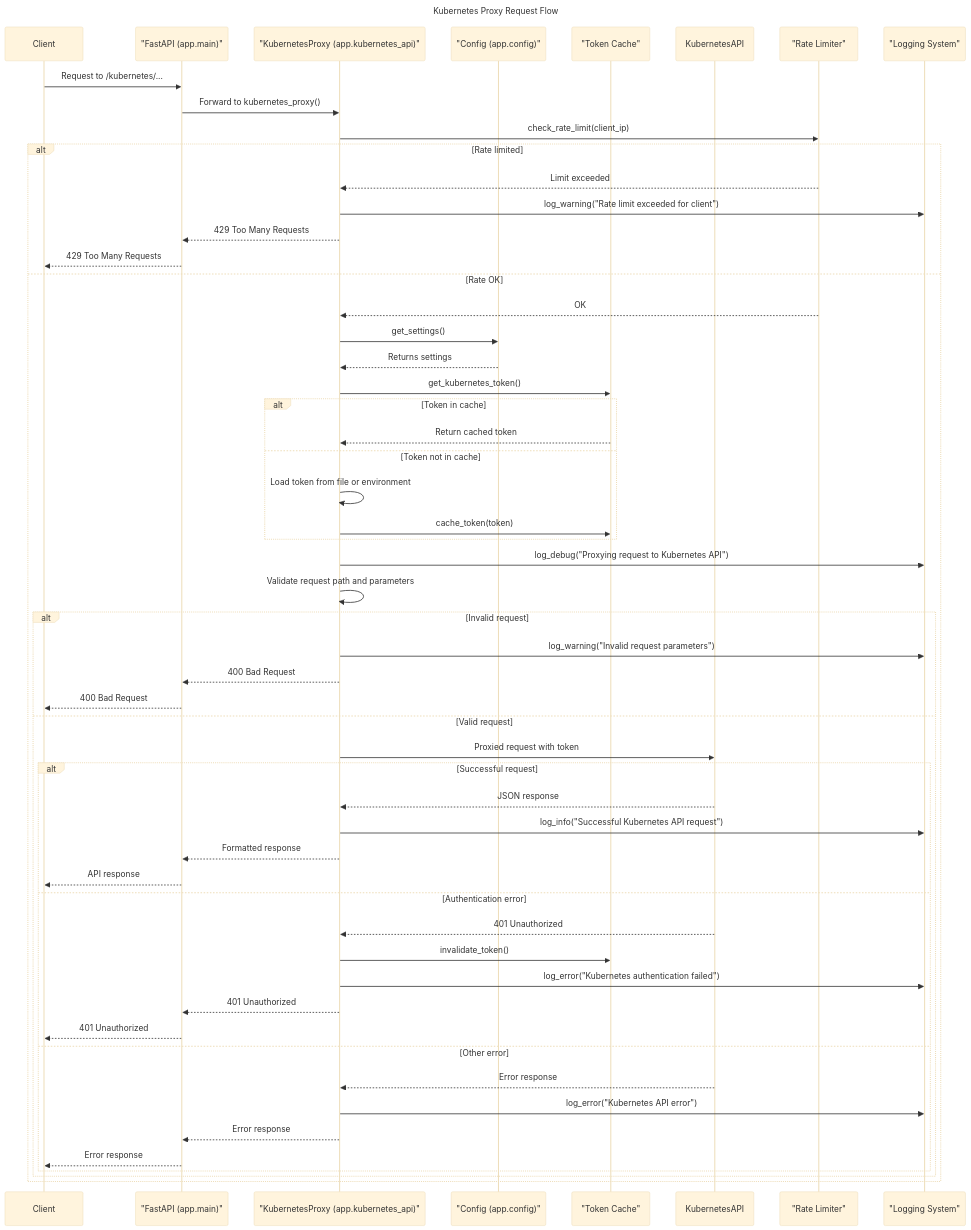
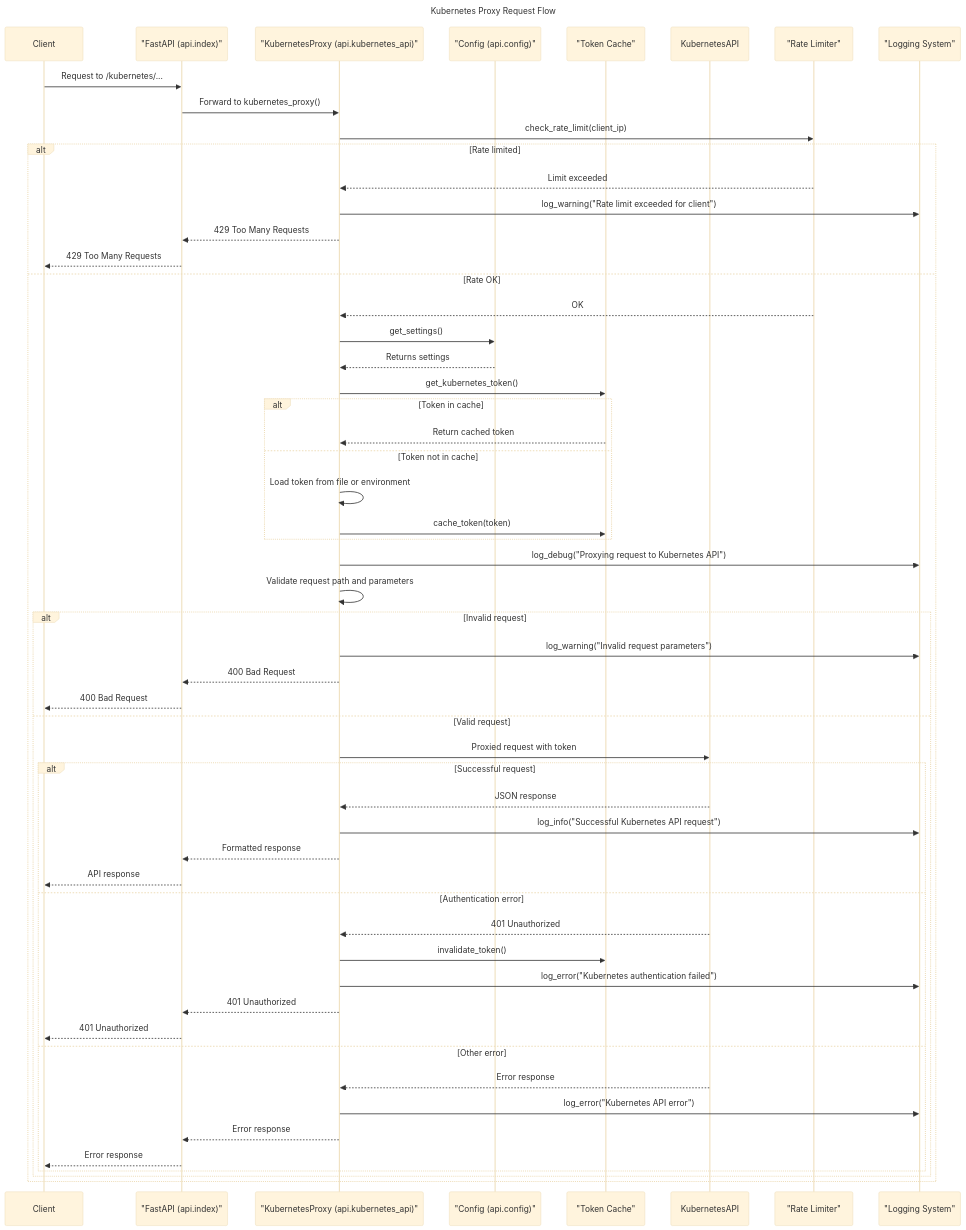
One commit to lloydchang/tvp-k8s changed the diagram in api/mermaid/kubernetes-proxy-sequence.mermaid. Above: the diagram before and after it, drawn with Mermaid (base theme). The commit also changed 33 other files, not shown here.

```diff
--- a/api/mermaid/kubernetes-proxy-sequence.mermaid
+++ b/api/mermaid/kubernetes-proxy-sequence.mermaid
@@ -1,63 +1,63 @@
 sequenceDiagram
     title: Kubernetes Proxy Request Flow
     participant Client
-    participant FastAPI as "FastAPI (app.main)"
-    participant KubernetesProxy as "KubernetesProxy (app.kubernetes_api)"
-    participant Config as "Config (app.config)"
+    participant FastAPI as "FastAPI (api.index)"
+    participant KubernetesProxy as "KubernetesProxy (api.kubernetes_api)"
+    participant Config as "Config (api.config)"
     participant Cache as "Token Cache"
     participant KubernetesAPI
     participant RateLimiter as "Rate Limiter"
     participant Logger as "Logging System"
     
     Client->>FastAPI: Request to /kubernetes/...
     FastAPI->>KubernetesProxy: Forward to kubernetes_proxy()
     KubernetesProxy->>RateLimiter: check_rate_limit(client_ip)
     
     alt Rate limited
         RateLimiter-->>KubernetesProxy: Limit exceeded
         KubernetesProxy->>Logger: log_warning("Rate limit exceeded for client")
         KubernetesProxy-->>FastAPI: 429 Too Many Requests
         FastAPI-->>Client: 429 Too Many Requests
     else Rate OK
         RateLimiter-->>KubernetesProxy: OK
         
         KubernetesProxy->>Config: get_settings()
         Config-->>KubernetesProxy: Returns settings
         
         KubernetesProxy->>Cache: get_kubernetes_token()
         alt Token in cache
             Cache-->>KubernetesProxy: Return cached token
         else Token not in cache
             KubernetesProxy->>KubernetesProxy: Load token from file or environment
             KubernetesProxy->>Cache: cache_token(token)
         end
         
         KubernetesProxy->>Logger: log_debug("Proxying request to Kubernetes API")
         KubernetesProxy->>KubernetesProxy: Validate request path and parameters
         
         alt Invalid request
             KubernetesProxy->>Logger: log_warning("Invalid request parameters")
             KubernetesProxy-->>FastAPI: 400 Bad Request
             FastAPI-->>Client: 400 Bad Request
         else Valid request
             KubernetesProxy->>KubernetesAPI: Proxied request with token
             
             alt Successful request
                 KubernetesAPI-->>KubernetesProxy: JSON response
                 KubernetesProxy->>Logger: log_info("Successful Kubernetes API request")
                 KubernetesProxy-->>FastAPI: Formatted response
                 FastAPI-->>Client: API response
             else Authentication error
                 KubernetesAPI-->>KubernetesProxy: 401 Unauthorized
                 KubernetesProxy->>Cache: invalidate_token()
                 KubernetesProxy->>Logger: log_error("Kubernetes authentication failed")
                 KubernetesProxy-->>FastAPI: 401 Unauthorized
                 FastAPI-->>Client: 401 Unauthorized
             else Other error
                 KubernetesAPI-->>KubernetesProxy: Error response
                 KubernetesProxy->>Logger: log_error("Kubernetes API error")
                 KubernetesProxy-->>FastAPI: Error response
                 FastAPI-->>Client: Error response
             end
         end
     end
```
